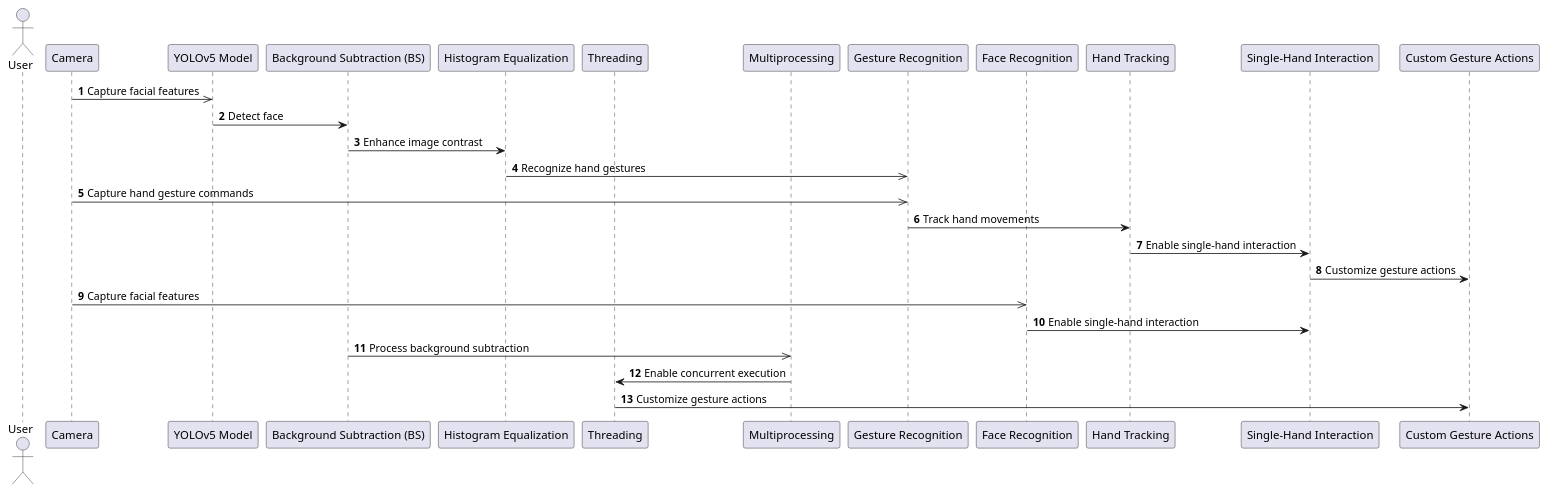
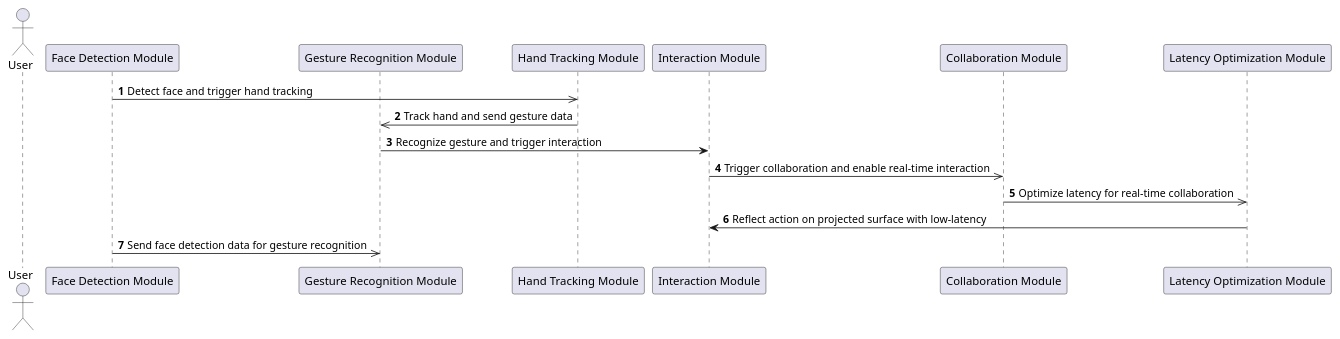
One commit to hanaAbdelwahab/GPARCHIMIND changed the diagram in data/outputs/process_view.puml. Above: the diagram before and after it, drawn with PlantUML. The commit also changed 13 other files, not shown here.

```diff
--- a/data/outputs/process_view.puml
+++ b/data/outputs/process_view.puml
@@ -1,28 +1,17 @@
 @startuml
 autonumber
 actor User
-participant "Camera" as Camera
-participant "YOLOv5 Model" as YOLOv5Model
-participant "Background Subtraction (BS)" as BackgroundSubtractionBS
-participant "Histogram Equalization" as HistogramEqualization
-participant "Threading" as Threading
-participant "Multiprocessing" as Multiprocessing
-participant "Gesture Recognition" as GestureRecognition
-participant "Face Recognition" as FaceRecognition
-participant "Hand Tracking" as HandTracking
-participant "Single-Hand Interaction" as SingleHandInteraction
-participant "Custom Gesture Actions" as CustomGestureActions
-Camera ->> YOLOv5Model : Capture facial features
-YOLOv5Model -> BackgroundSubtractionBS : Detect face
-BackgroundSubtractionBS -> HistogramEqualization : Enhance image contrast
-HistogramEqualization ->> GestureRecognition : Recognize hand gestures
-Camera ->> GestureRecognition : Capture hand gesture commands
-GestureRecognition -> HandTracking : Track hand movements
-HandTracking -> SingleHandInteraction : Enable single-hand interaction
-SingleHandInteraction -> CustomGestureActions : Customize gesture actions
-Camera ->> FaceRecognition : Capture facial features
-FaceRecognition -> SingleHandInteraction : Enable single-hand interaction
-BackgroundSubtractionBS ->> Multiprocessing : Process background subtraction
-Multiprocessing -> Threading : Enable concurrent execution
-Threading -> CustomGestureActions : Customize gesture actions
+participant "Face Detection Module" as FaceDetectionModule
+participant "Gesture Recognition Module" as GestureRecognitionModule
+participant "Hand Tracking Module" as HandTrackingModule
+participant "Interaction Module" as InteractionModule
+participant "Collaboration Module" as CollaborationModule
+participant "Latency Optimization Module" as LatencyOptimizationModule
+FaceDetectionModule ->> HandTrackingModule : Detect face and trigger hand tracking
+HandTrackingModule ->> GestureRecognitionModule : Track hand and send gesture data
+GestureRecognitionModule -> InteractionModule : Recognize gesture and trigger interaction
+InteractionModule ->> CollaborationModule : Trigger collaboration and enable real-time interaction
+CollaborationModule ->> LatencyOptimizationModule : Optimize latency for real-time collaboration
+LatencyOptimizationModule -> InteractionModule : Reflect action on projected surface with low-latency
+FaceDetectionModule ->> GestureRecognitionModule : Send face detection data for gesture recognition
 @enduml
```
